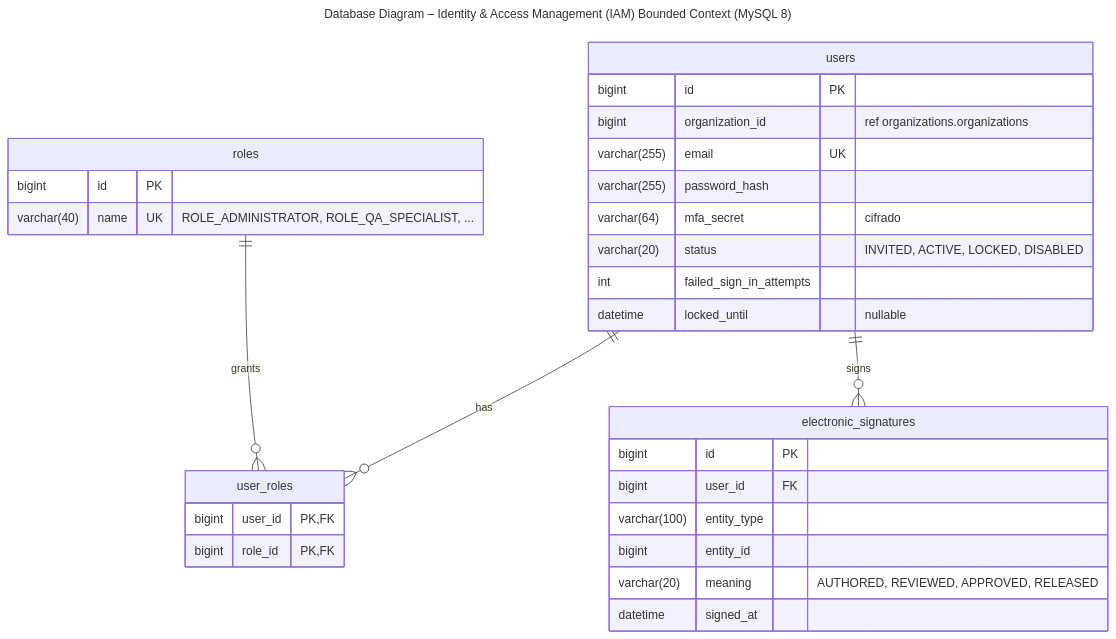
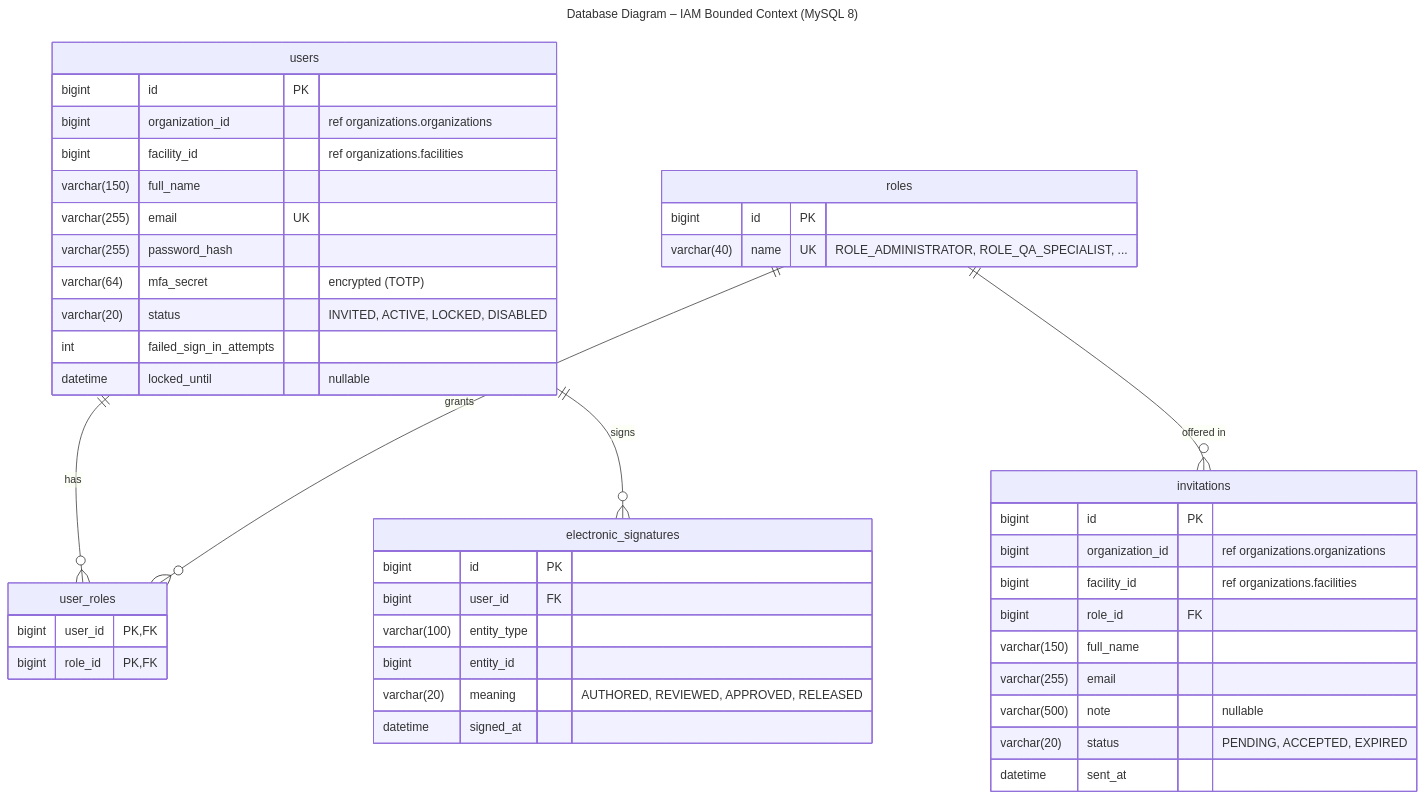
One commit to IngesCompany/doofplus-report changed the diagram in report/assets/diagrams/mermaid/db-01-iam.mmd. Above: the diagram before and after it, drawn with Mermaid. The commit also changed 10 other files, not shown here.

Commit message:
fix(diagrams): align the class and database diagrams with the product

```diff
--- a/report/assets/diagrams/mermaid/db-01-iam.mmd
+++ b/report/assets/diagrams/mermaid/db-01-iam.mmd
@@ -1,33 +1,47 @@
 ---
-title: "Database Diagram – Identity & Access Management (IAM) Bounded Context (MySQL 8)"
+title: "Database Diagram – IAM Bounded Context (MySQL 8)"
 ---
 erDiagram
   users {
     bigint id PK
     bigint organization_id "ref organizations.organizations"
+    bigint facility_id "ref organizations.facilities"
+    varchar(150) full_name
     varchar(255) email UK
     varchar(255) password_hash
-    varchar(64) mfa_secret "cifrado"
+    varchar(64) mfa_secret "encrypted (TOTP)"
     varchar(20) status "INVITED, ACTIVE, LOCKED, DISABLED"
     int failed_sign_in_attempts
     datetime locked_until "nullable"
   }
   roles {
     bigint id PK
     varchar(40) name UK "ROLE_ADMINISTRATOR, ROLE_QA_SPECIALIST, ..."
   }
   user_roles {
     bigint user_id PK, FK
     bigint role_id PK, FK
   }
+  invitations {
+    bigint id PK
+    bigint organization_id "ref organizations.organizations"
+    bigint facility_id "ref organizations.facilities"
+    bigint role_id FK
+    varchar(150) full_name
+    varchar(255) email
+    varchar(500) note "nullable"
+    varchar(20) status "PENDING, ACCEPTED, EXPIRED"
+    datetime sent_at
+  }
   electronic_signatures {
     bigint id PK
     bigint user_id FK
     varchar(100) entity_type
     bigint entity_id
     varchar(20) meaning "AUTHORED, REVIEWED, APPROVED, RELEASED"
     datetime signed_at
   }
   users ||--o{ user_roles : "has"
   roles ||--o{ user_roles : "grants"
+  roles ||--o{ invitations : "offered in"
   users ||--o{ electronic_signatures : "signs"
```
